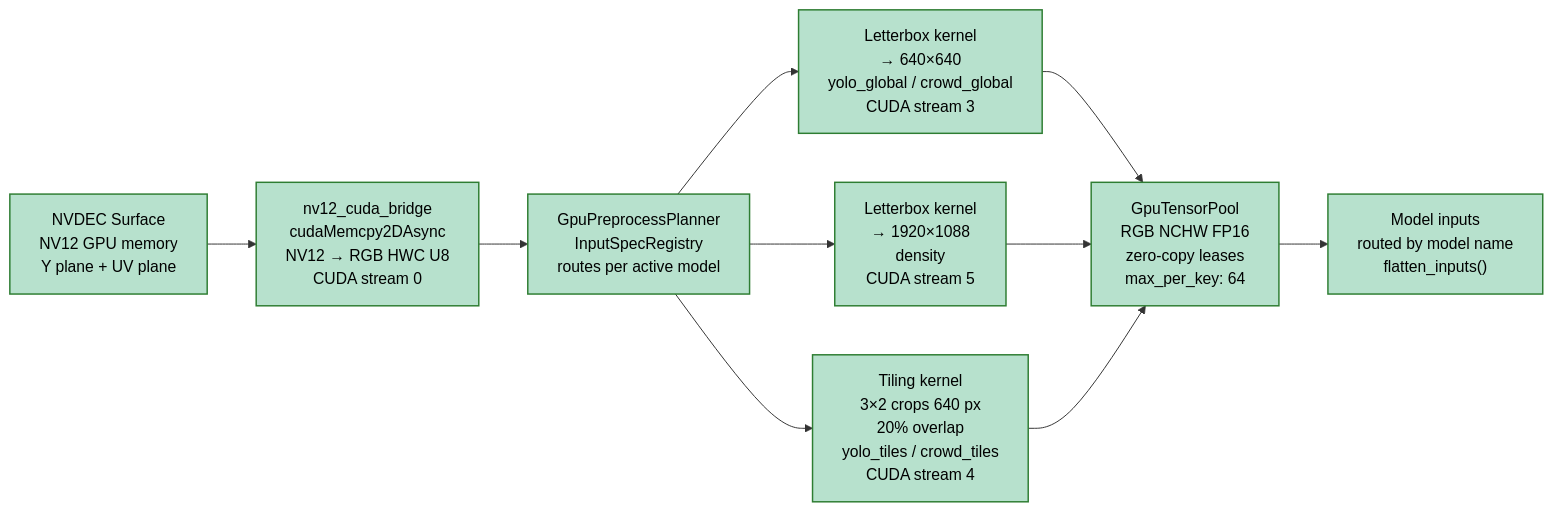
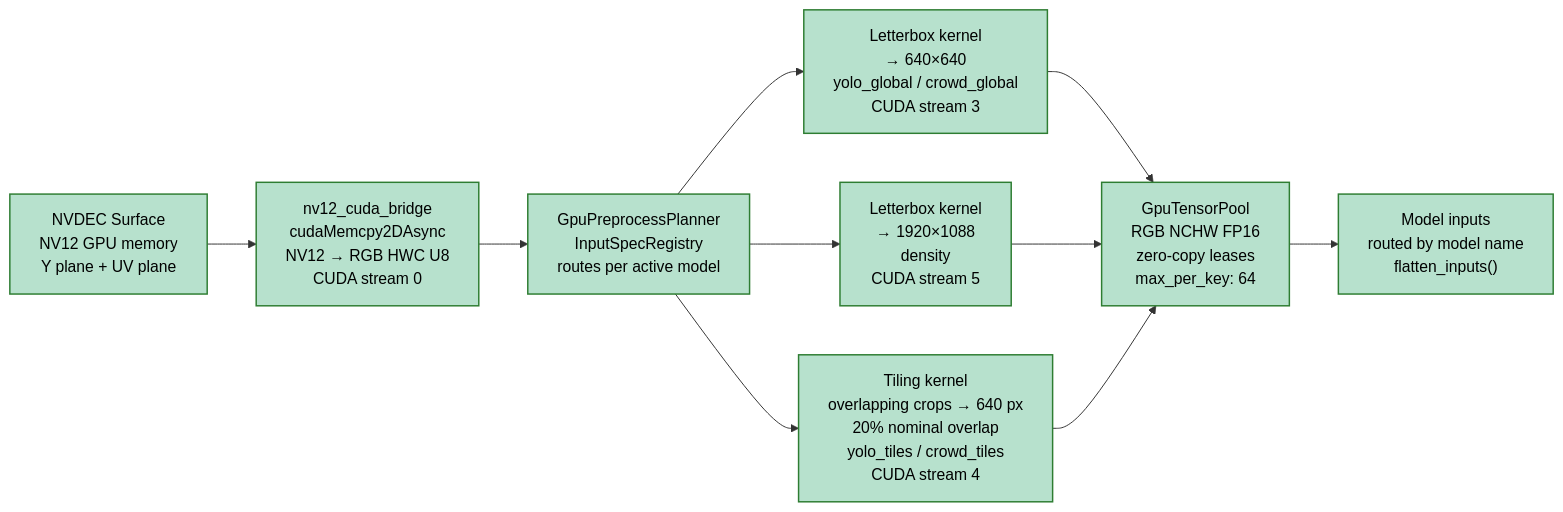
Before and after one commit to Nutz95/PeopleCounter: the fourth of 5 diagrams in app_v2/docs/README_ARCHI.md, drawn with Mermaid. The commit also changed other lines of this file and 7 other files, not shown here.

First line of the commit message:
Add SVG infographics comparing tiling overlap and letterbox black bars

````diff
--- a/app_v2/docs/README_ARCHI.md
+++ b/app_v2/docs/README_ARCHI.md
@@ -146,22 +146,22 @@
 ```mermaid
 flowchart LR
     surface["NVDEC Surface<br/>NV12 GPU memory<br/>Y plane + UV plane"]:::gpu
     bridge["nv12_cuda_bridge<br/>cudaMemcpy2DAsync<br/>NV12 → RGB HWC U8<br/>CUDA stream 0"]:::gpu
     planner["GpuPreprocessPlanner<br/>InputSpecRegistry<br/>routes per active model"]:::gpu
 
     lb_yolo["Letterbox kernel<br/>→ 640×640<br/>yolo_global / crowd_global<br/>CUDA stream 3"]:::gpu
     lb_density["Letterbox kernel<br/>→ 1920×1088<br/>density<br/>CUDA stream 5"]:::gpu
-    tiling["Tiling kernel<br/>3×2 crops 640 px<br/>20% overlap<br/>yolo_tiles / crowd_tiles<br/>CUDA stream 4"]:::gpu
+    tiling["Tiling kernel<br/>overlapping crops → 640 px<br/>20% nominal overlap<br/>yolo_tiles / crowd_tiles<br/>CUDA stream 4"]:::gpu
 
     pool["GpuTensorPool<br/>RGB NCHW FP16<br/>zero-copy leases<br/>max_per_key: 64"]:::gpu
     out["Model inputs<br/>routed by model name<br/>flatten_inputs()"]:::gpu
 
     surface --> bridge --> planner
     planner --> lb_yolo --> pool
     planner --> lb_density --> pool
     planner --> tiling --> pool
     pool --> out
 
     classDef gpu fill:#b7e1cd,color:#000,stroke:#2e7d32,stroke-width:1.5px;
     classDef cpu fill:#b3d9f7,color:#000,stroke:#1565c0,stroke-width:1.5px;
 ```
````
